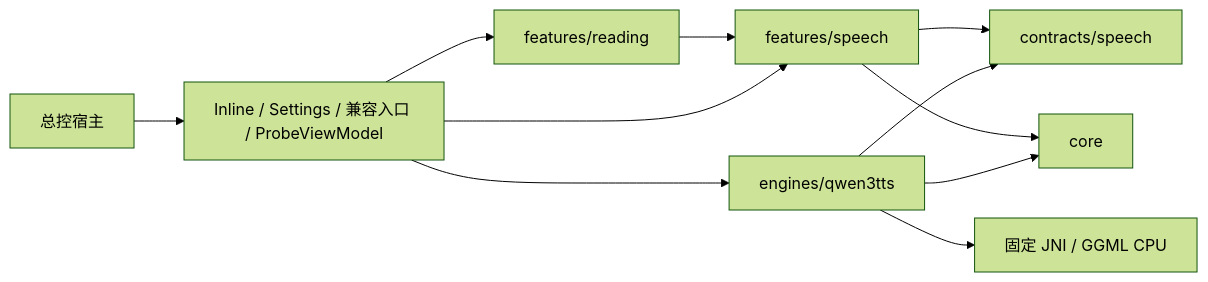
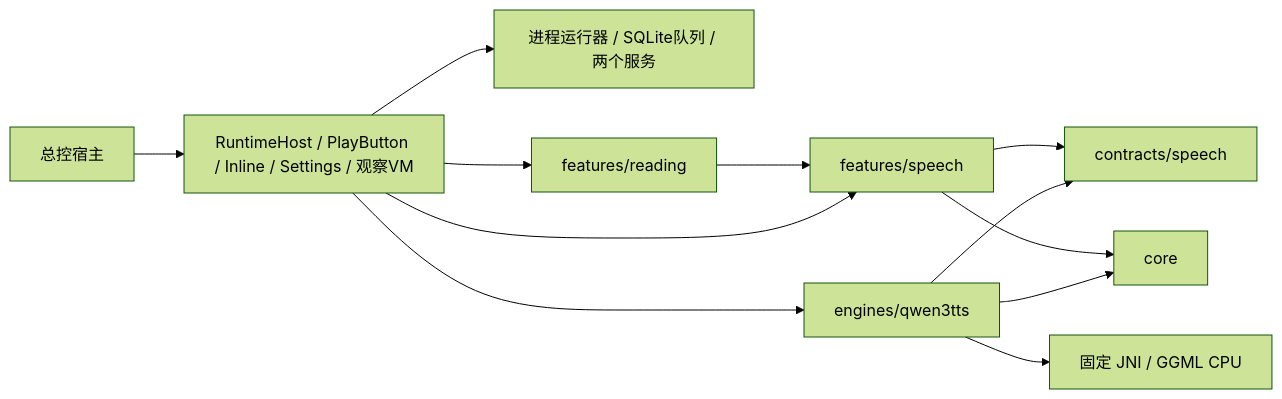
One commit to zzf122561-bot/English-learning-app changed the diagram in experiments/tts-device-probe/ARCHITECTURE.md. Above: the diagram before and after it, drawn with Mermaid (forest theme). The commit also changed other lines of this file and 35 other files, not shown here.

````diff
--- a/experiments/tts-device-probe/ARCHITECTURE.md
+++ b/experiments/tts-device-probe/ARCHITECTURE.md
@@ -21,13 +21,14 @@
 ```mermaid
 flowchart LR
-  H[总控宿主] --> R[Inline / Settings / 兼容入口 / ProbeViewModel]
+  H[总控宿主] --> R[RuntimeHost / PlayButton / Inline / Settings / 观察VM]
+  R --> B[进程运行器 / SQLite队列 / 两个服务]
   R --> A[features/reading]
   A --> S[features/speech]
   R --> S[features/speech]
   R --> Q[engines/qwen3tts]
   S --> C[contracts/speech]
   Q --> C
   S --> K[core]
   Q --> K
   Q --> N[固定 JNI / GGML CPU]
 ```
````
